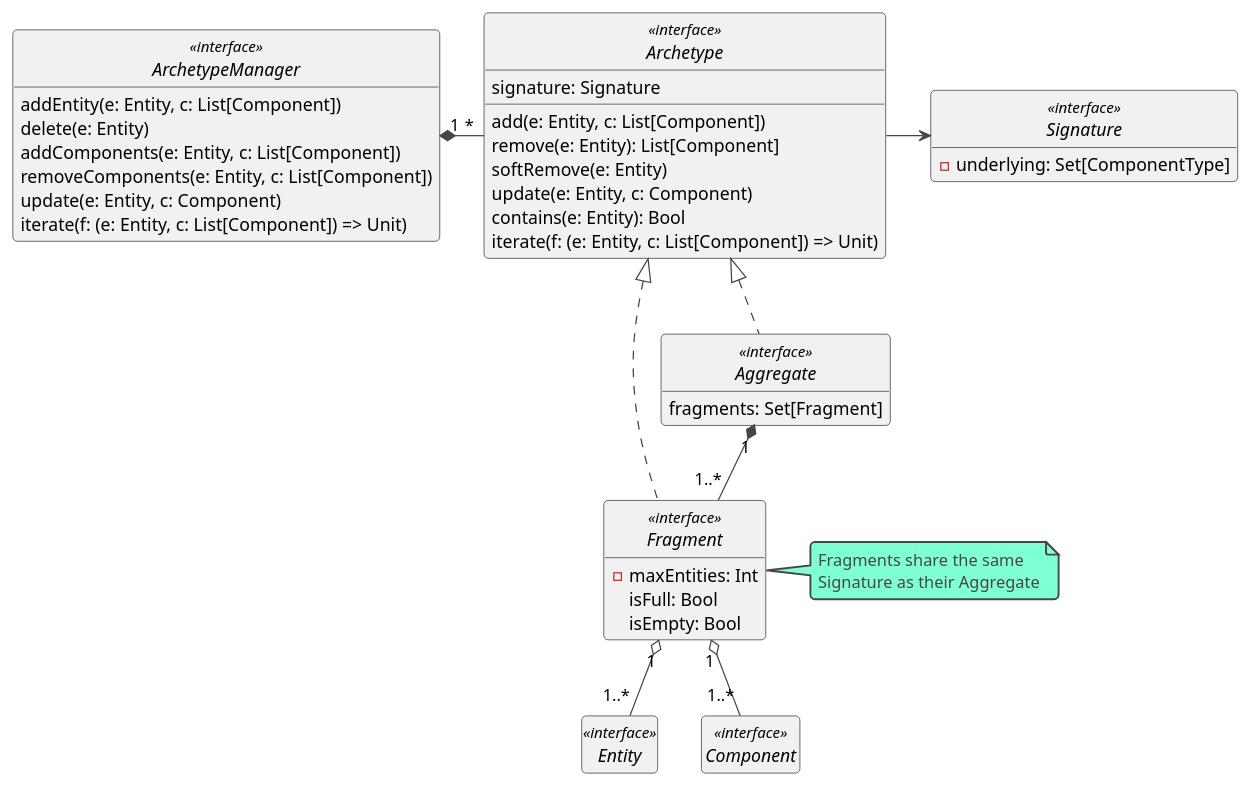
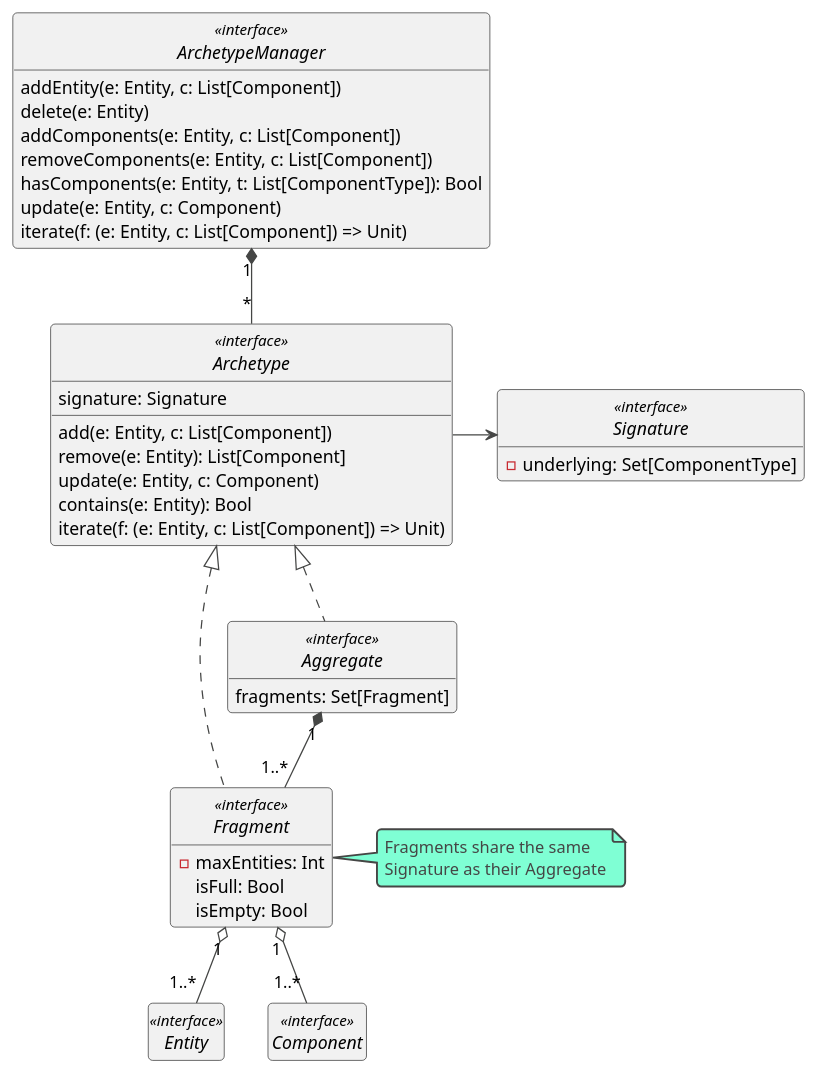
One commit to Remisse/ecscalibur changed the diagram in docs/diagrams/src/3_archetype.wsd. Above: the diagram before and after it, drawn with PlantUML. The commit also changed 2 other files, not shown here.

```diff
--- a/docs/diagrams/src/3_archetype.wsd
+++ b/docs/diagrams/src/3_archetype.wsd
@@ -1,55 +1,55 @@
 @startuml
 
 !theme vibrant
 
 interface Archetype <<interface>> {
   signature: Signature
   add(e: Entity, c: List[Component])
   remove(e: Entity): List[Component]
-  softRemove(e: Entity)
   update(e: Entity, c: Component)
   contains(e: Entity): Bool
   iterate(f: (e: Entity, c: List[Component]) => Unit)
 }
 
 interface Aggregate <<interface>> {
   fragments: Set[Fragment]
 }
 
 interface Fragment <<interface>> {
   -maxEntities: Int
   isFull: Bool
   isEmpty: Bool
 }
 
 interface ArchetypeManager <<interface>> {
   addEntity(e: Entity, c: List[Component])
   delete(e: Entity)
   addComponents(e: Entity, c: List[Component])
   removeComponents(e: Entity, c: List[Component])
+  hasComponents(e: Entity, t: List[ComponentType]): Bool
   update(e: Entity, c: Component)
   iterate(f: (e: Entity, c: List[Component]) => Unit)
 }
 
 interface Signature <<interface>> {
   -underlying: Set[ComponentType]
 }
 
 interface Entity <<interface>>
 interface Component <<interface>>
 
-ArchetypeManager "1" *- "*" Archetype
+ArchetypeManager "1" *-- "*" Archetype
 Archetype <|.. Aggregate
 Archetype <|.. Fragment
 Archetype -> Signature
 Aggregate "1" *-- "1..*" Fragment
 Fragment "1" o-- "1..*" Entity
 Fragment "1" o-- "1..*" Component
 
 note "Fragments share the same\nSignature as their Aggregate" as N1
 Fragment . N1
 
 hide empty members
 hide interface circle
 
 @enduml
```
